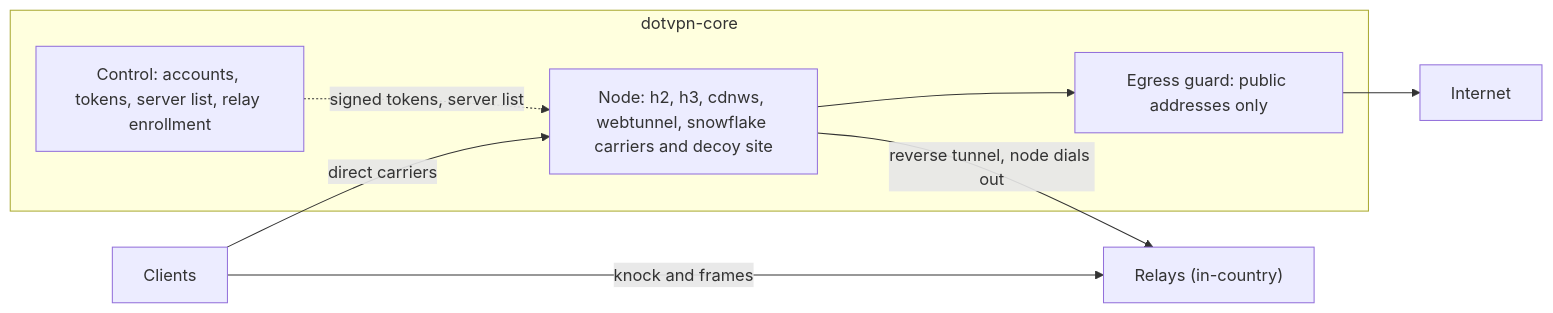
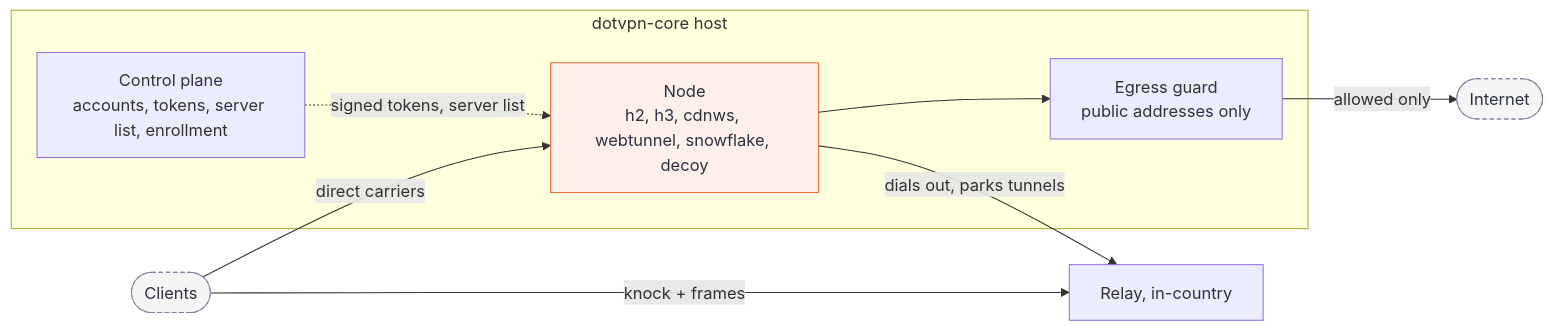
The diagram in README.md (payam-foundation/dotvpn-core), drawn with Mermaid before and after one commit.

Commit message:
docs: refresh README (#1)

````diff
--- a/README.md
+++ b/README.md
@@ -18,19 +18,24 @@
 ```mermaid
 flowchart LR
-    client["Clients"]
-    relay["Relays (in-country)"]
+    client(["Clients"])
+    relay["Relay, in-country"]
 
-    subgraph core ["dotvpn-core"]
-        node["Node: h2, h3, cdnws, webtunnel, snowflake carriers and decoy site"]
-        guard["Egress guard: public addresses only"]
-        control["Control: accounts, tokens, server list, relay enrollment"]
+    subgraph core ["dotvpn-core host"]
+        control["Control plane<br/>accounts, tokens, server list, enrollment"]
+        node["Node<br/>h2, h3, cdnws, webtunnel, snowflake, decoy"]
+        guard["Egress guard<br/>public addresses only"]
     end
 
-    internet["Internet"]
+    internet(["Internet"])
 
     client -->|"direct carriers"| node
-    client -->|"knock and frames"| relay
-    node -->|"reverse tunnel, node dials out"| relay
-    node --> guard --> internet
+    client -->|"knock + frames"| relay
+    node -->|"dials out, parks tunnels"| relay
+    node --> guard -->|"allowed only"| internet
     control -.->|"signed tokens, server list"| node
+
+    classDef focal fill:#fdf0ea,stroke:#eb6c36,color:#2d3142
+    classDef ext fill:#f5f5f5,stroke:#7a8399,stroke-dasharray:4 3,color:#2d3142
+    class node focal
+    class client,internet ext
 ```
````
